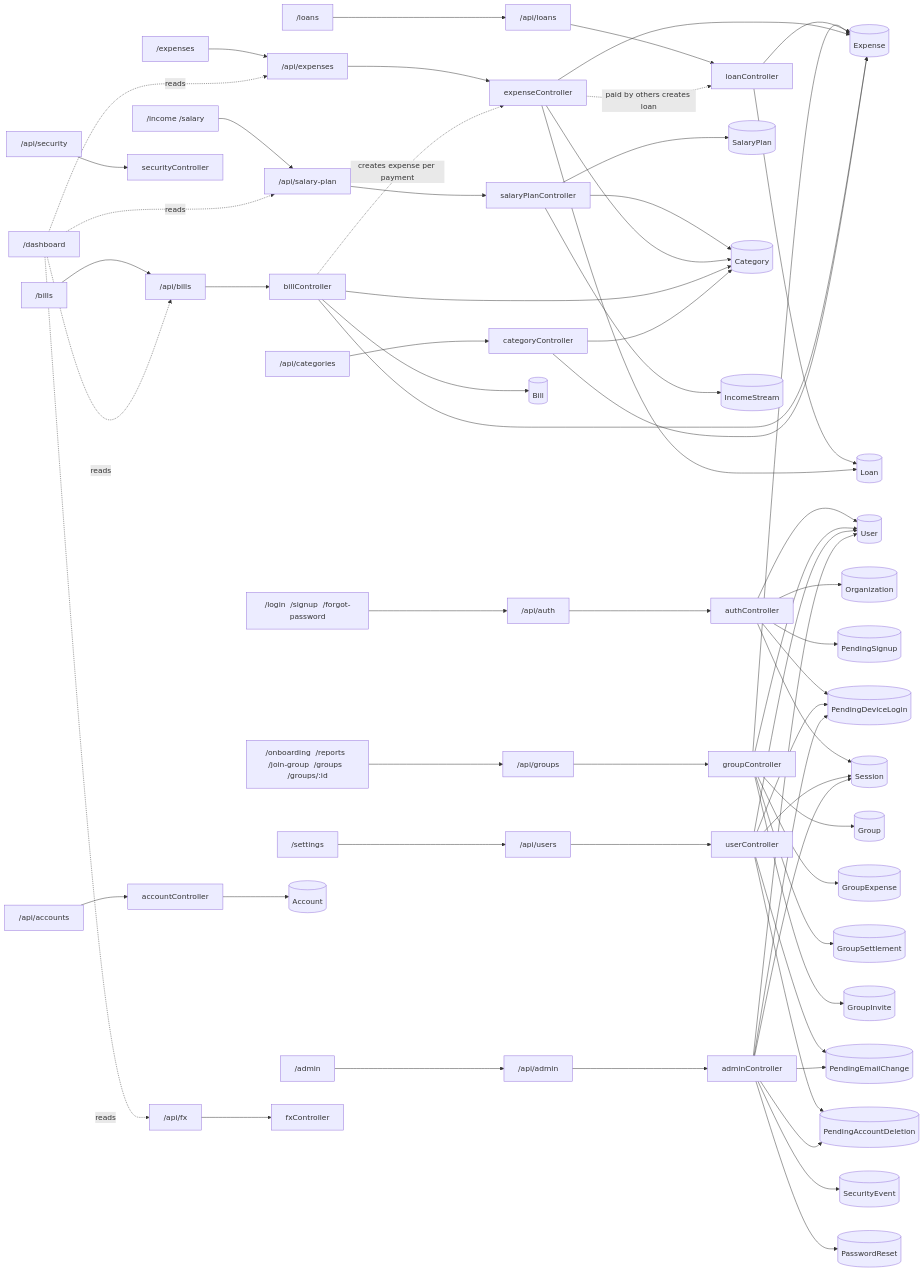
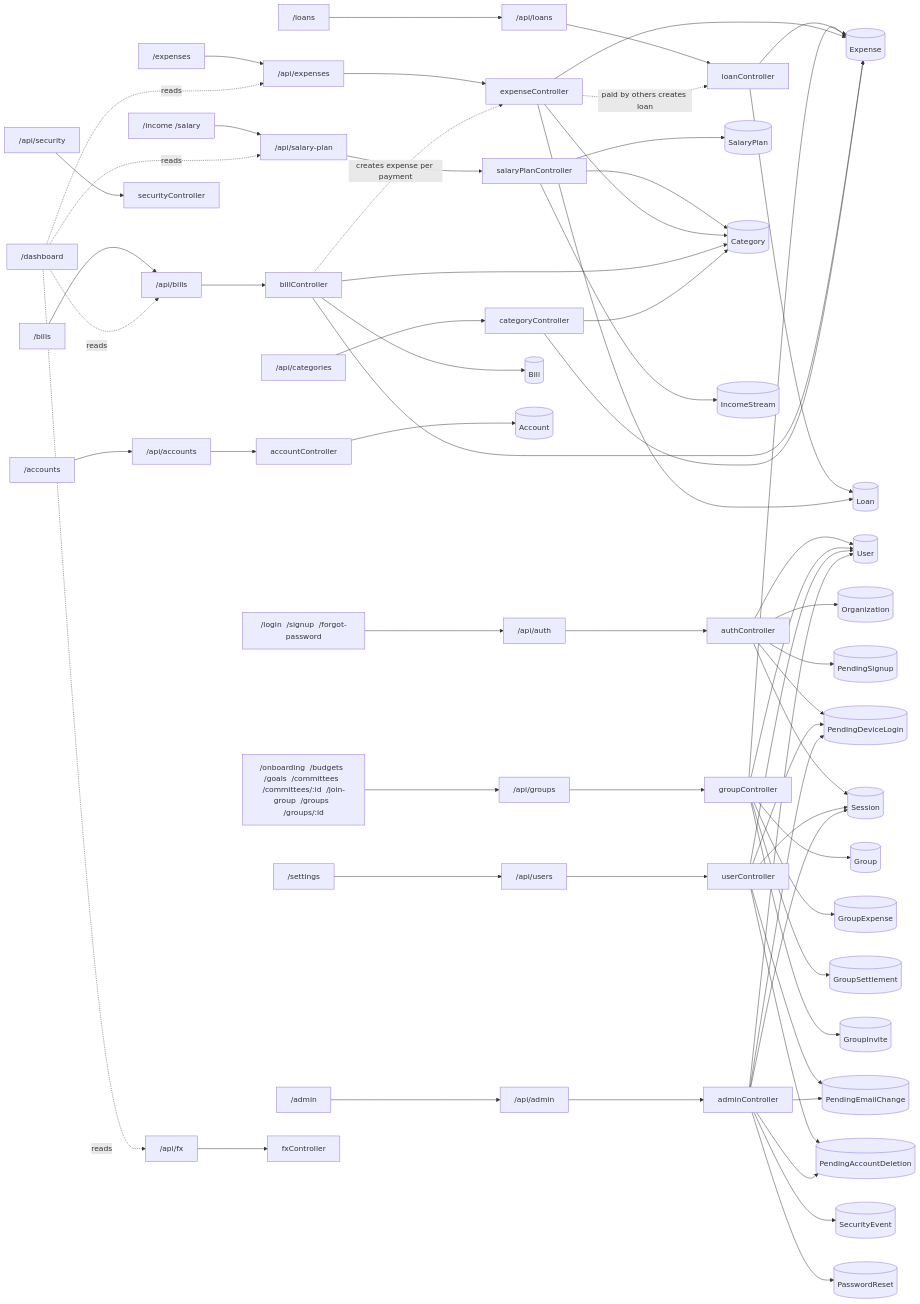
One commit to MuhammadAliMinhas66X/VaultriX changed the second of 2 diagrams in docs/APP-MAP.md. Above: the diagram before and after it, drawn with Mermaid. The commit also changed other lines of this file and 3 other files, not shown here.

````diff
--- a/docs/APP-MAP.md
+++ b/docs/APP-MAP.md
@@ -21,71 +21,71 @@
 ```mermaid
 flowchart LR
   P_auth["/login  /signup  /forgot-password"] --> A_auth["/api/auth"]
   A_auth --> K_auth["authController"]
   K_auth --> M_User[("User")]
   K_auth --> M_Organization[("Organization")]
   K_auth --> M_PendingSignup[("PendingSignup")]
   K_auth --> M_PendingDeviceLogin[("PendingDeviceLogin")]
   K_auth --> M_Session[("Session")]
-  P_shared["/onboarding  /reports  /join-group  /groups  /groups/:id"] --> A_shared["/api/groups"]
+  P_shared["/onboarding  /budgets  /goals  /committees  /committees/:id  /join-group  /groups  /groups/:id"] --> A_shared["/api/groups"]
   A_shared --> K_shared["groupController"]
   K_shared --> M_Group[("Group")]
   K_shared --> M_GroupExpense[("GroupExpense")]
   K_shared --> M_GroupSettlement[("GroupSettlement")]
   K_shared --> M_GroupInvite[("GroupInvite")]
   K_shared --> M_User[("User")]
   K_shared --> M_Expense[("Expense")]
   P_dashboard["/dashboard"]
   P_income["/income  /salary"] --> A_income["/api/salary-plan"]
   A_income --> K_income["salaryPlanController"]
   K_income --> M_SalaryPlan[("SalaryPlan")]
   K_income --> M_Category[("Category")]
   K_income --> M_IncomeStream[("IncomeStream")]
   P_loans["/loans"] --> A_loans["/api/loans"]
   A_loans --> K_loans["loanController"]
   K_loans --> M_Loan[("Loan")]
   K_loans --> M_Expense[("Expense")]
   P_expenses["/expenses"] --> A_expenses["/api/expenses"]
   A_expenses --> K_expenses["expenseController"]
   K_expenses --> M_Expense[("Expense")]
   K_expenses --> M_Category[("Category")]
   K_expenses --> M_Loan[("Loan")]
   P_bills["/bills"] --> A_bills["/api/bills"]
   A_bills --> K_bills["billController"]
   K_bills --> M_Bill[("Bill")]
   K_bills --> M_Expense[("Expense")]
   K_bills --> M_Category[("Category")]
+  P_accounts["/accounts"] --> A_accounts["/api/accounts"]
+  A_accounts --> K_accounts["accountController"]
+  K_accounts --> M_Account[("Account")]
   P_settings["/settings"] --> A_settings["/api/users"]
   A_settings --> K_settings["userController"]
   K_settings --> M_User[("User")]
   K_settings --> M_Session[("Session")]
   K_settings --> M_PendingEmailChange[("PendingEmailChange")]
   K_settings --> M_PendingDeviceLogin[("PendingDeviceLogin")]
   K_settings --> M_PendingAccountDeletion[("PendingAccountDeletion")]
   P_admin["/admin"] --> A_admin["/api/admin"]
   A_admin --> K_admin["adminController"]
   K_admin --> M_User[("User")]
   K_admin --> M_Session[("Session")]
   K_admin --> M_SecurityEvent[("SecurityEvent")]
   K_admin --> M_PasswordReset[("PasswordReset")]
   K_admin --> M_PendingEmailChange[("PendingEmailChange")]
   K_admin --> M_PendingDeviceLogin[("PendingDeviceLogin")]
   K_admin --> M_PendingAccountDeletion[("PendingAccountDeletion")]
   A_security["/api/security"]
   A_security --> K_security["securityController"]
-  A_accounts["/api/accounts"]
-  A_accounts --> K_accounts["accountController"]
-  K_accounts --> M_Account[("Account")]
   A_categories["/api/categories"]
   A_categories --> K_categories["categoryController"]
   K_categories --> M_Category[("Category")]
   K_categories --> M_Expense[("Expense")]
   A_rates["/api/fx"]
   A_rates --> K_rates["fxController"]
   P_dashboard -. reads .-> A_income
   P_dashboard -. reads .-> A_expenses
   P_dashboard -. reads .-> A_bills
   P_dashboard -. reads .-> A_rates
   K_bills -. creates expense per payment .-> K_expenses
   K_expenses -. paid by others creates loan .-> K_loans
 ```
````
